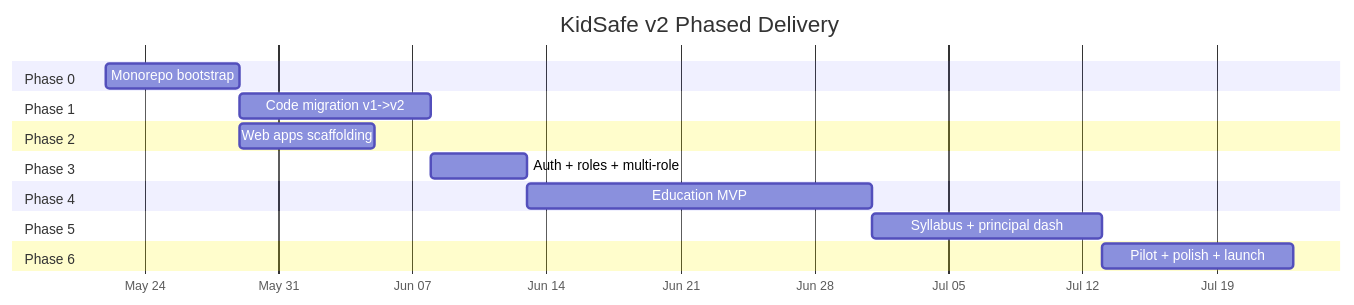
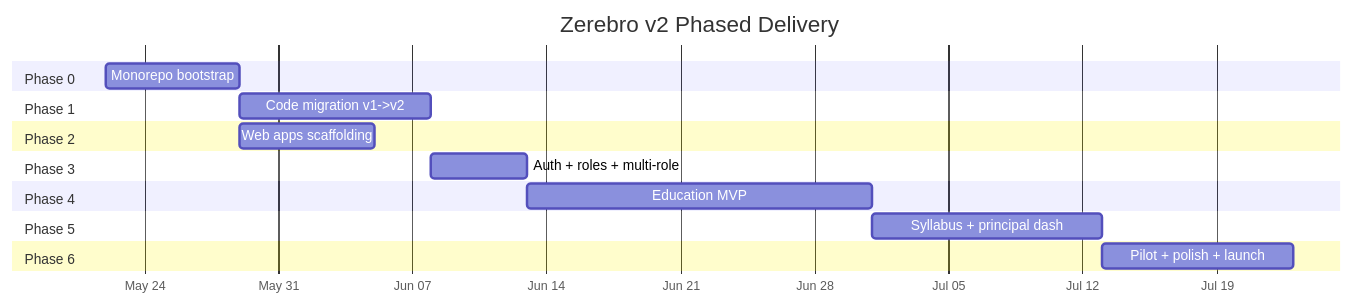
One commit to ZerebroKid/kidsafe-school changed the first of 2 diagrams in docs/V2_BUILD_PHASES.md. Above: the diagram before and after it, drawn with Mermaid. The commit also changed other lines of this file and 2 other files, not shown here.

````diff
--- a/docs/V2_BUILD_PHASES.md
+++ b/docs/V2_BUILD_PHASES.md
@@ -14,27 +14,27 @@
 ```mermaid
 gantt
-  title KidSafe v2 Phased Delivery
+  title Zerebro v2 Phased Delivery
   dateFormat YYYY-MM-DD
   axisFormat %b %d
 
   section Phase 0
   Monorepo bootstrap            :p0, 2026-05-22, 7d
 
   section Phase 1
   Code migration v1->v2         :p1, after p0, 10d
 
   section Phase 2
   Web apps scaffolding          :p2, after p0, 7d
 
   section Phase 3
   Auth + roles + multi-role     :p3, after p1, 5d
 
   section Phase 4
   Education MVP                 :p4, after p3, 18d
 
   section Phase 5
   Syllabus + principal dash     :p5, after p4, 12d
 
   section Phase 6
   Pilot + polish + launch       :p6, after p5, 10d
 ```
````
